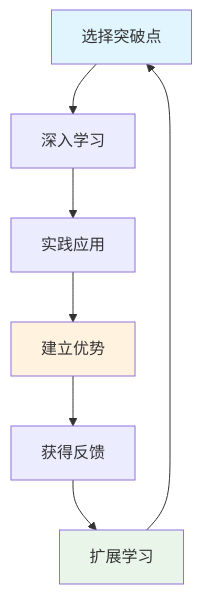
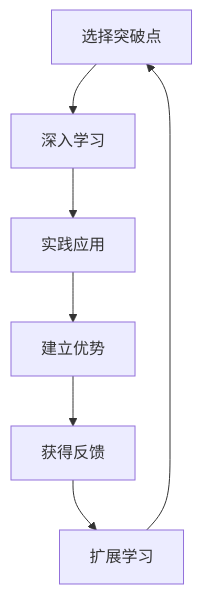
Before and after one commit to fangkun119/tech-page: the fourth of 52 diagrams in _posts/2025-11-08-book-01-feynman-approach.md, drawn with Mermaid. The commit also changed other lines of this file and 1 other file, not shown here.

Commit message:
feat: adjust diagram color

````diff
--- a/_posts/2025-11-08-book-01-feynman-approach.md
+++ b/_posts/2025-11-08-book-01-feynman-approach.md
@@ -403,13 +391,9 @@
 ```mermaid
 graph TD
     A[选择突破点] --> B[深入学习]
     B --> C[实践应用]
     C --> D[建立优势]
     D --> E[获得反馈]
     E --> F[扩展学习]
     F --> A
-
-    style A fill:#e1f5fe
-    style D fill:#fff3e0
-    style F fill:#e8f5e8
 ```
````
